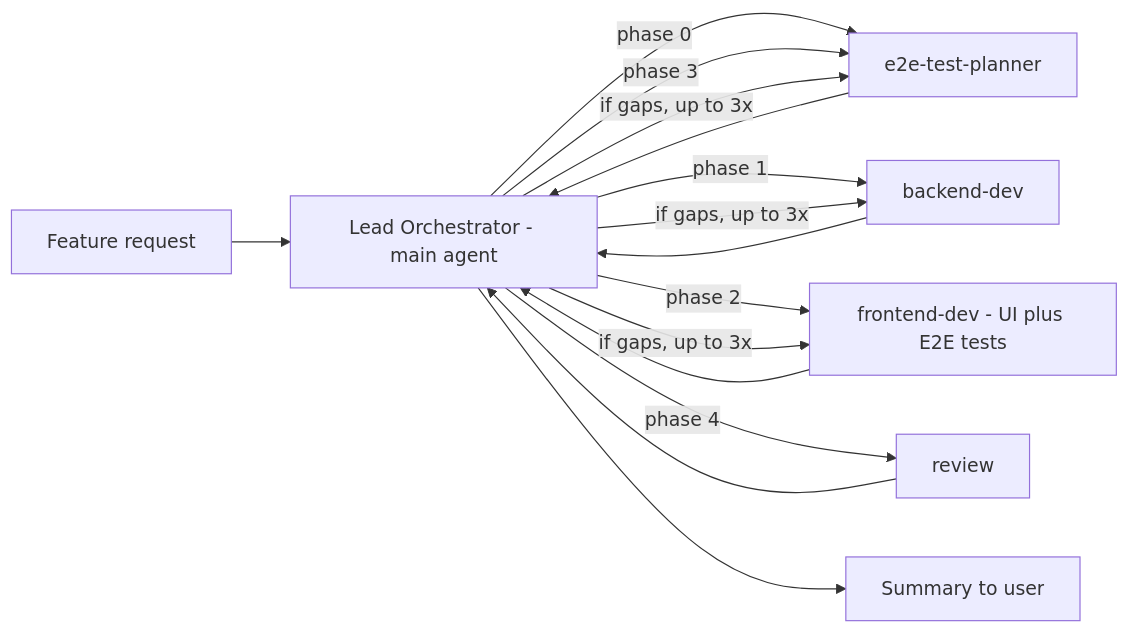
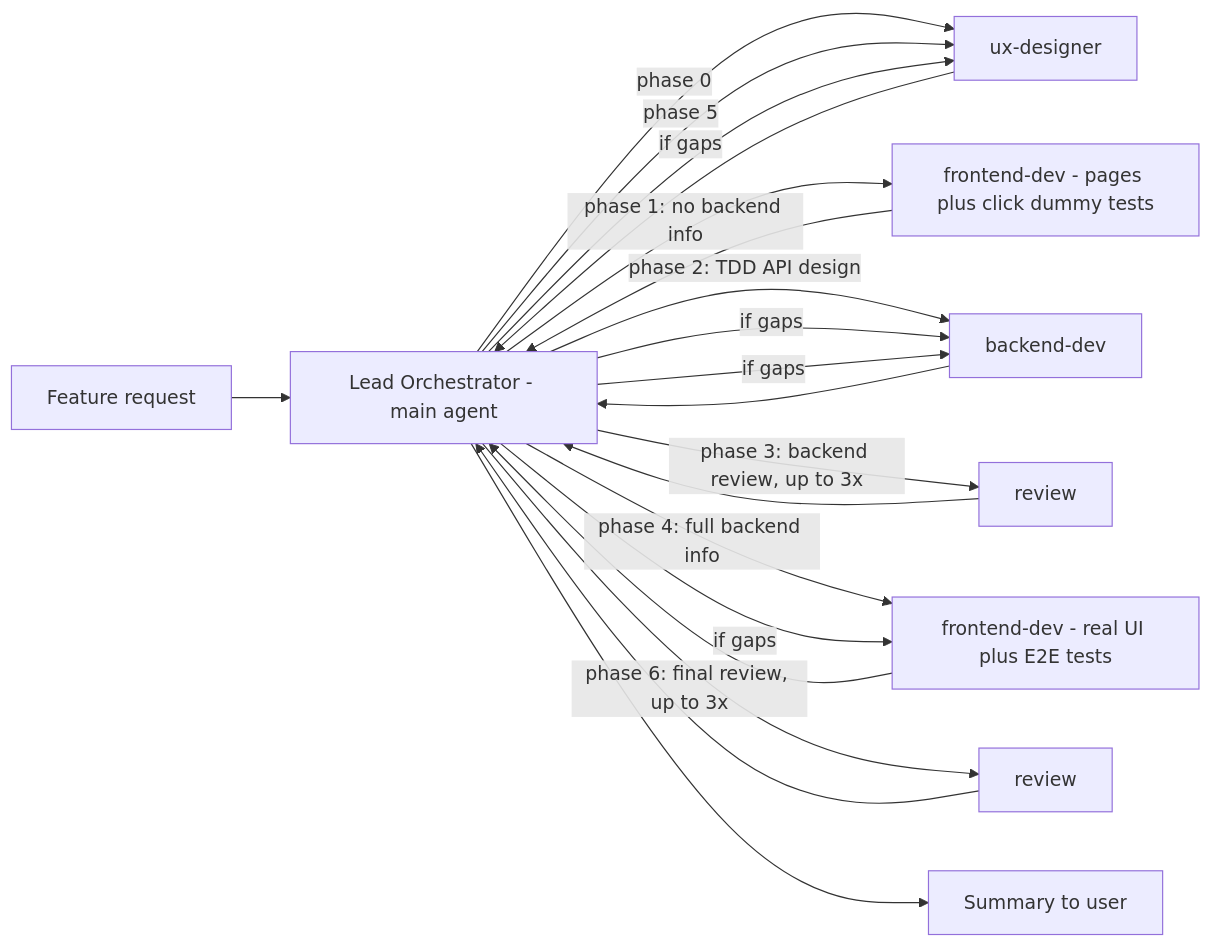
Before and after one commit to openknowledge/workshop-agentic-coding: the diagram in .opencode/agents/orchestrator.md, drawn with Mermaid. The commit also changed other lines of this file and 5 other files, not shown here.

````diff
--- a/.opencode/agents/orchestrator.md
+++ b/.opencode/agents/orchestrator.md
@@ -29,17 +31,22 @@
 ```mermaid
 graph LR
   U[Feature request] --> O[Lead Orchestrator - main agent]
-  O -->|phase 0| P[e2e-test-planner]
-  P --> O
-  O -->|phase 1| B[backend-dev]
+  O -->|phase 0| X[ux-designer]
+  X --> O
+  O -->|phase 1: no backend info| F1[frontend-dev - pages plus click dummy tests]
+  F1 --> O
+  O -->|phase 2: TDD API design| B[backend-dev]
   B --> O
-  O -->|phase 2| F[frontend-dev - UI plus E2E tests]
-  F --> O
-  O -->|phase 3| P
-  O -->|phase 4| R[review]
-  R --> O
-  O -->|if gaps, up to 3x| B
-  O -->|if gaps, up to 3x| F
-  O -->|if gaps, up to 3x| P
+  O -->|phase 3: backend review, up to 3x| R1[review]
+  R1 --> O
+  O -->|if gaps| B
+  O -->|phase 4: full backend info| F2[frontend-dev - real UI plus E2E tests]
+  F2 --> O
+  O -->|phase 5| X
+  O -->|phase 6: final review, up to 3x| R2[review]
+  R2 --> O
+  O -->|if gaps| B
+  O -->|if gaps| F2
+  O -->|if gaps| X
   O --> U2[Summary to user]
 ```
````
